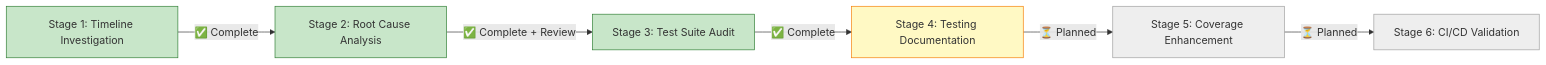
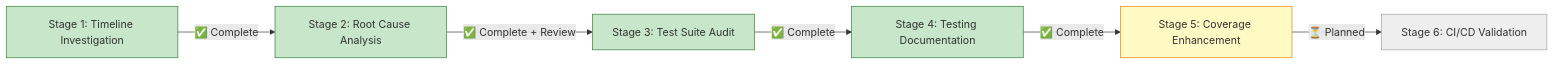
The diagram in docs/proposals/26-fix-failing-bats-unit-tests/progress.md (info-tech-io/hugo-templates), drawn with Mermaid before and after one commit. The commit also changed other lines of this file and 1 other file, not shown here.

First line of the commit message:
docs(issue-26): update progress trackers for Stage 4 completion

````diff
--- a/docs/proposals/26-fix-failing-bats-unit-tests/progress.md
+++ b/docs/proposals/26-fix-failing-bats-unit-tests/progress.md
@@ -5,22 +5,22 @@
 ```mermaid
 graph LR
     A[Stage 1: Timeline Investigation] -->|✅ Complete| B[Stage 2: Root Cause Analysis]
     B -->|✅ Complete + Review| C[Stage 3: Test Suite Audit]
     C -->|✅ Complete| D[Stage 4: Testing Documentation]
-    D -->|⏳ Planned| E[Stage 5: Coverage Enhancement]
+    D -->|✅ Complete| E[Stage 5: Coverage Enhancement]
     E -->|⏳ Planned| F[Stage 6: CI/CD Validation]
 
     style A fill:#c8e6c9,stroke:#2e7d32
     style B fill:#c8e6c9,stroke:#2e7d32
     style C fill:#c8e6c9,stroke:#2e7d32
-    style D fill:#fff9c4,stroke:#f57c00
-    style E fill:#eeeeee,stroke:#9e9e9e
+    style D fill:#c8e6c9,stroke:#2e7d32
+    style E fill:#fff9c4,stroke:#f57c00
     style F fill:#eeeeee,stroke:#9e9e9e
 
     click A "001-progress.md"
     click B "002-progress.md"
     click C "003-progress.md"
     click D "004-progress.md"
     click E "005-progress.md"
-    click F "006-progress.md"
+    click F "06-cicd-validation.md"
 ```
````
